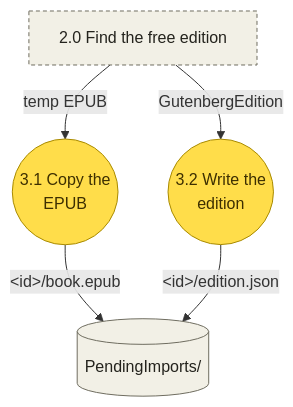
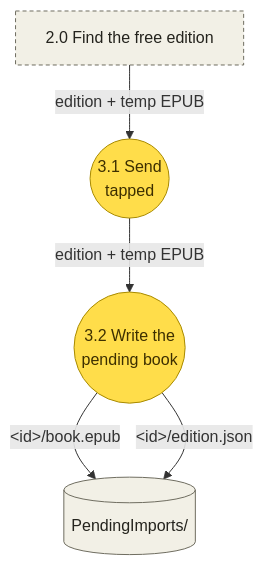
Before and after one commit to AftrHours/iRead: the fourth of 6 diagrams in docs/DFD-share-import.md, drawn with Mermaid. The commit also changed other lines of this file and 16 other files, not shown here.

````diff
--- a/docs/DFD-share-import.md
+++ b/docs/DFD-share-import.md
@@ -191,16 +193,16 @@
 ```mermaid
 flowchart TD
     P2["2.0 Find the free edition"]:::ref
     PI[("PendingImports/")]:::store
-    P31(("3.1 Copy the<br/>EPUB")):::ext
-    P32(("3.2 Write the<br/>edition")):::ext
+    P31(("3.1 Send<br/>tapped")):::ext
+    P32(("3.2 Write the<br/>pending book")):::ext
 
-    P2 -->|"temp EPUB"| P31
-    P2 -->|"GutenbergEdition"| P32
-    P31 -->|"&lt;id&gt;/book.epub"| PI
+    P2 -->|"edition + temp EPUB"| P31
+    P31 -->|"edition + temp EPUB"| P32
+    P32 -->|"&lt;id&gt;/book.epub"| PI
     P32 -->|"&lt;id&gt;/edition.json"| PI
 
     classDef ext fill:#ffdd4a,stroke:#a88a00,color:#3d2f00
     classDef store fill:#f2f0e6,stroke:#6f6d60,color:#24231d
     classDef ref fill:#f2f0e6,stroke:#6f6d60,color:#24231d,stroke-dasharray:4 3
 ```
````
